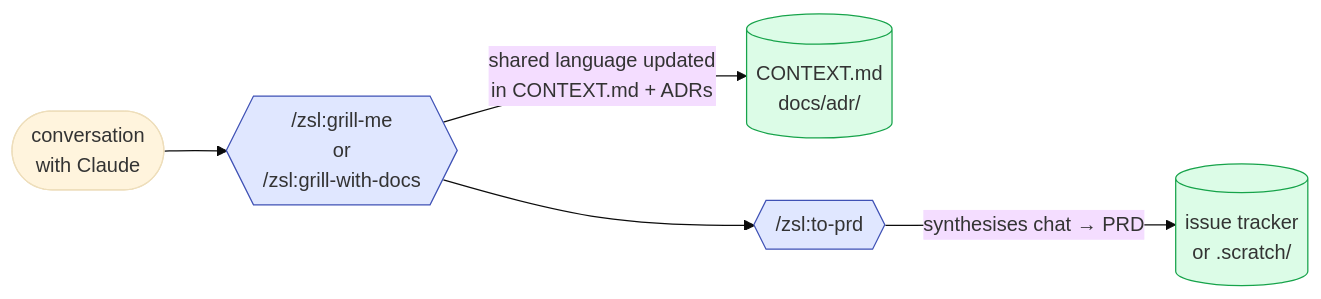
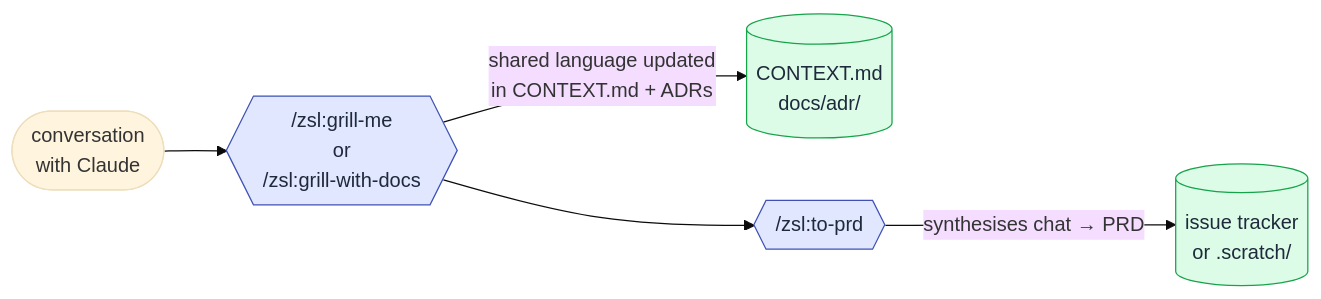
One commit to ZunoSmartLabs/zsl-superpowers changed the third of 9 diagrams in docs/workflow.md. Above: the diagram before and after it, drawn with Mermaid (base theme). The commit also changed other lines of this file and 8 other files, not shown here.

First line of the commit message:
docs(remote-agents): add scheduling rationale + fix dark-mode diagram text

````diff
--- a/docs/workflow.md
+++ b/docs/workflow.md
@@ -85,12 +85,12 @@
 ```mermaid
 flowchart LR
     chat(["conversation<br/>with Claude"]) --> grill{{"/zsl:grill-me<br/>or<br/>/zsl:grill-with-docs"}}
     grill -->|"shared language updated<br/>in CONTEXT.md + ADRs"| docs[("CONTEXT.md<br/>docs/adr/")]
     grill --> prd{{"/zsl:to-prd"}}
     prd -->|"synthesises chat → PRD"| tracker[("issue tracker<br/>or .scratch/")]
 
-    classDef skill fill:#e0e7ff,stroke:#3f51b5;
-    classDef artifact fill:#dcfce7,stroke:#16a34a;
+    classDef skill fill:#e0e7ff,stroke:#3f51b5,color:#1e293b;
+    classDef artifact fill:#dcfce7,stroke:#16a34a,color:#1e293b;
     class grill,prd skill
     class docs,tracker artifact
 ```
````
